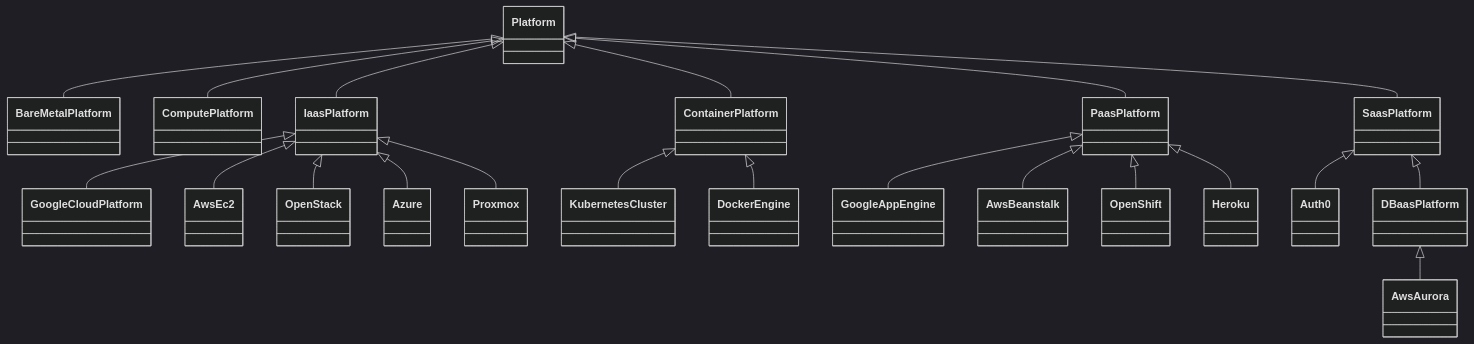
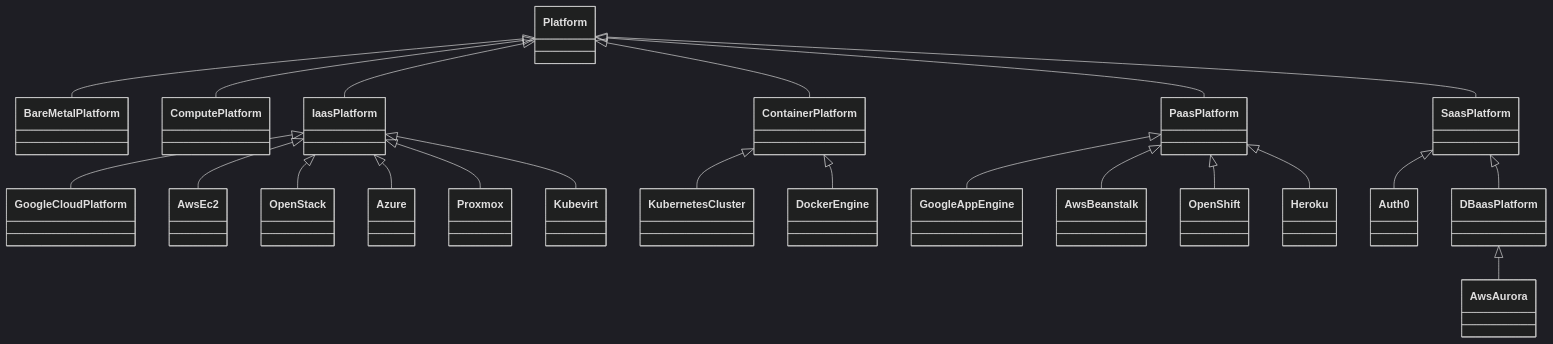
The first of 2 diagrams in profiles/community/tosca/platform/README.md (oasis-open/tosca-community-contributions), drawn with Mermaid (dark theme) before and after one commit. The commit also changed other lines of this file and 22 other files, not shown here.

````diff
--- a/profiles/community/tosca/platform/README.md
+++ b/profiles/community/tosca/platform/README.md
@@ -49,24 +51,25 @@
 ```mermaid
 classDiagram
     class Platform
     Platform <|-- BareMetalPlatform
     Platform <|-- ComputePlatform
     Platform <|-- IaasPlatform
     Platform <|-- ContainerPlatform
     Platform <|-- PaasPlatform
     Platform <|-- SaasPlatform
     IaasPlatform <|-- GoogleCloudPlatform
     IaasPlatform <|-- AwsEc2
     IaasPlatform <|-- OpenStack
     IaasPlatform <|-- Azure
     IaasPlatform <|-- Proxmox
+    IaasPlatform <|-- Kubevirt
     ContainerPlatform <|-- KubernetesCluster
     ContainerPlatform <|-- DockerEngine
     PaasPlatform <|-- GoogleAppEngine
     PaasPlatform <|-- AwsBeanstalk
     PaasPlatform <|-- OpenShift
     PaasPlatform <|-- Heroku
     SaasPlatform <|-- Auth0
     SaasPlatform <|-- DBaasPlatform
     DBaasPlatform <|-- AwsAurora
 ```
````
